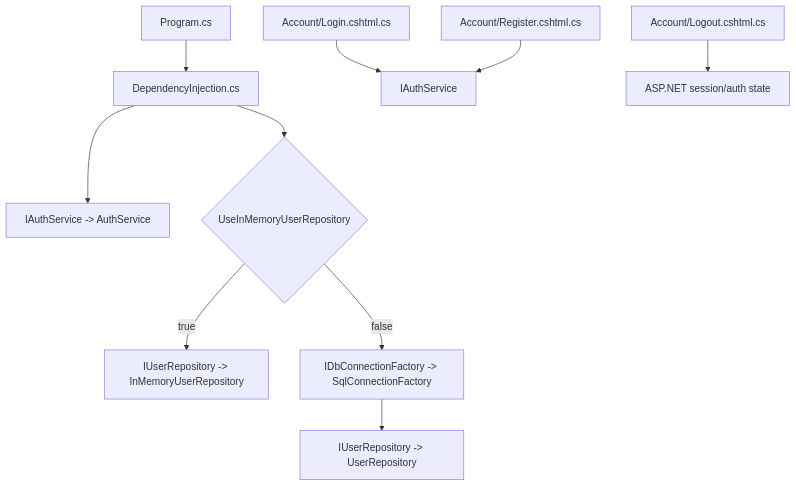
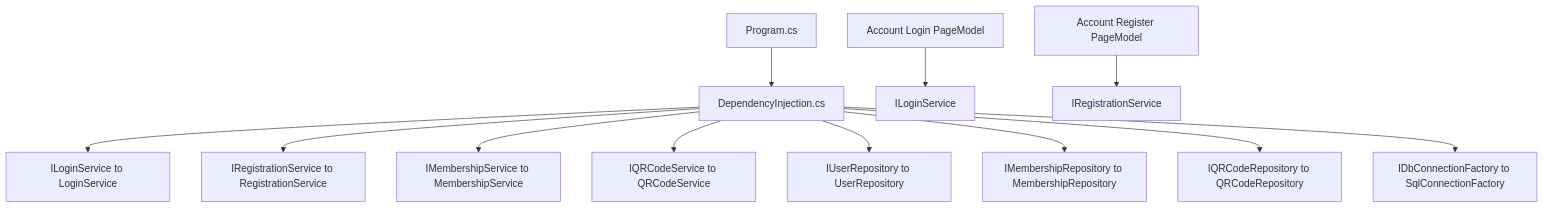
The sixth of 8 diagrams in docs/current-structure.md (StefanKosev1/FitTrack), drawn with Mermaid before and after one commit. The commit also changed other lines of this file and 28 other files, not shown here.

````diff
--- a/docs/current-structure.md
+++ b/docs/current-structure.md
@@ -227,13 +310,17 @@
 ```mermaid
 flowchart TD
     Program[Program.cs] --> DI[DependencyInjection.cs]
-    DI --> AuthService[IAuthService -> AuthService]
-    DI --> UserRepo{UseInMemoryUserRepository}
-    UserRepo -->|true| MemoryRepo[IUserRepository -> InMemoryUserRepository]
-    UserRepo -->|false| SqlFactory[IDbConnectionFactory -> SqlConnectionFactory]
-    SqlFactory --> SqlRepo[IUserRepository -> UserRepository]
 
-    LoginPage[Account/Login.cshtml.cs] --> IAuthService
-    RegisterPage[Account/Register.cshtml.cs] --> IAuthService
-    LogoutPage[Account/Logout.cshtml.cs] --> Session[ASP.NET session/auth state]
+    DI --> Login[ILoginService to LoginService]
+    DI --> Registration[IRegistrationService to RegistrationService]
+    DI --> Membership[IMembershipService to MembershipService]
+    DI --> QRCode[IQRCodeService to QRCodeService]
+
+    DI --> UserRepo[IUserRepository to UserRepository]
+    DI --> MembershipRepo[IMembershipRepository to MembershipRepository]
+    DI --> QRRepo[IQRCodeRepository to QRCodeRepository]
+    DI --> SqlFactory[IDbConnectionFactory to SqlConnectionFactory]
+
+    LoginPage[Account Login PageModel] --> ILoginService
+    RegisterPage[Account Register PageModel] --> IRegistrationService
 ```
````
